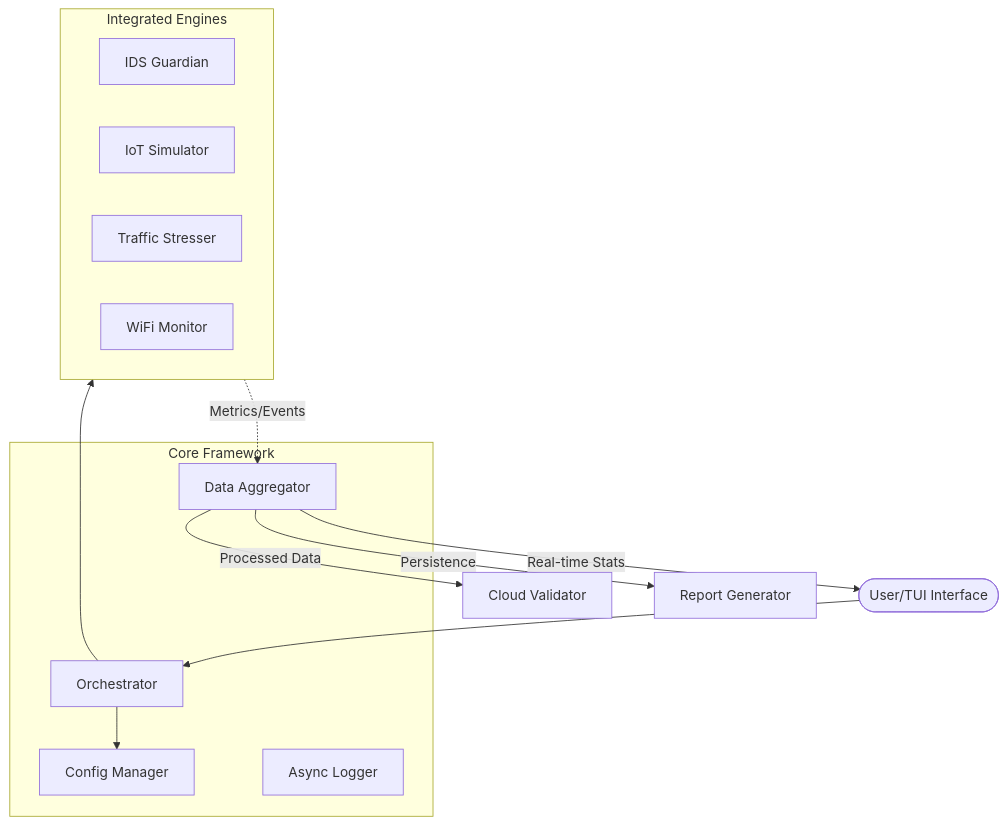
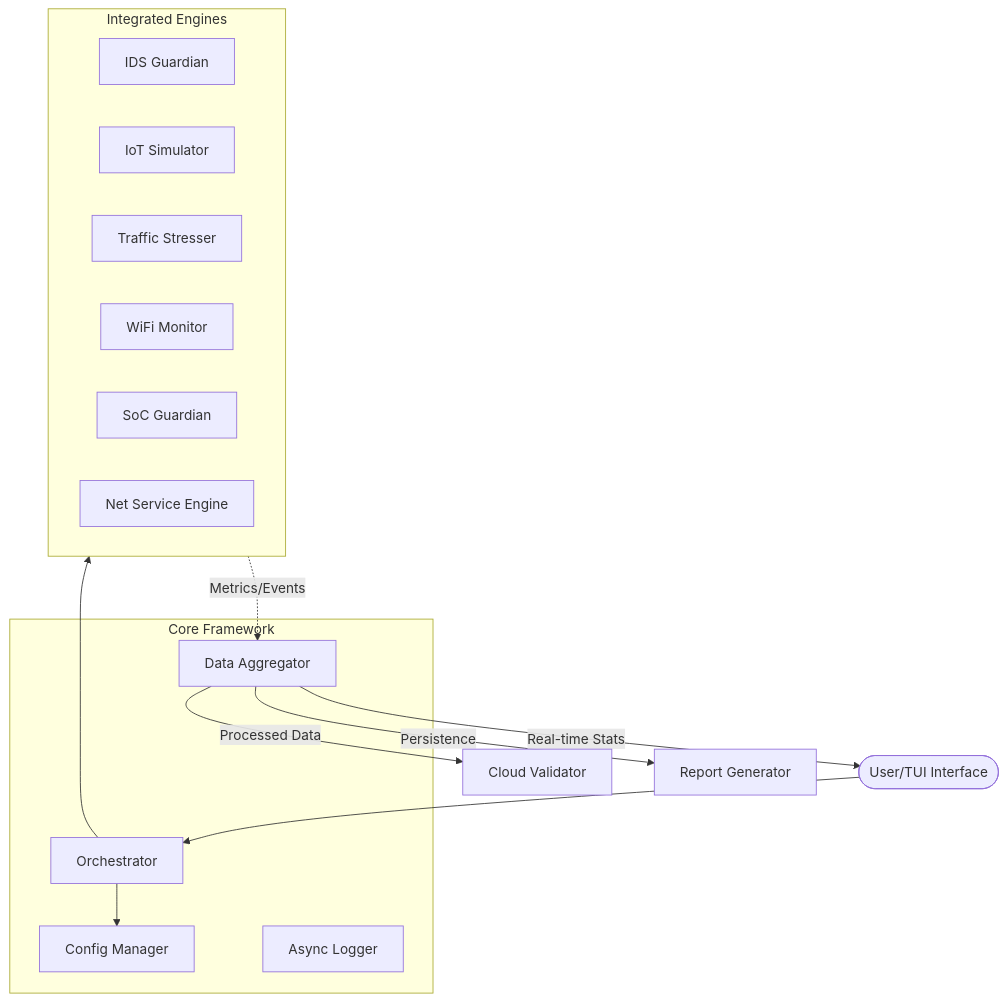
Before and after one commit to deadislove/aegis_netvalid_core: the first of 2 diagrams in docs/architecture.md, drawn with Mermaid. The commit also changed 3 other files, not shown here.

Commit message:
feat: add SoC health and net service validation

````diff
--- a/docs/architecture.md
+++ b/docs/architecture.md
@@ -9,26 +9,28 @@
 ```mermaid
 graph TD
     User([User/TUI Interface]) --> Orchestrator
     
     subgraph Core_Framework [Core Framework]
         Orchestrator[Orchestrator]
         Config[Config Manager]
         Aggregator[Data Aggregator]
         Logger[Async Logger]
     end
 
     Orchestrator --> Config
     Orchestrator --> Engines
     
     subgraph Engines [Integrated Engines]
         IDS[IDS Guardian]
         Sim[IoT Simulator]
         Stress[Traffic Stresser]
         WiFi[WiFi Monitor]
+        SoC[SoC Guardian]
+        NetSvc[Net Service Engine]
     end
 
     Engines -.->|Metrics/Events| Aggregator
     Aggregator -->|Processed Data| Cloud[Cloud Validator]
     Aggregator -->|Real-time Stats| User
     Aggregator -->|Persistence| Reports[Report Generator]
 ```
````
